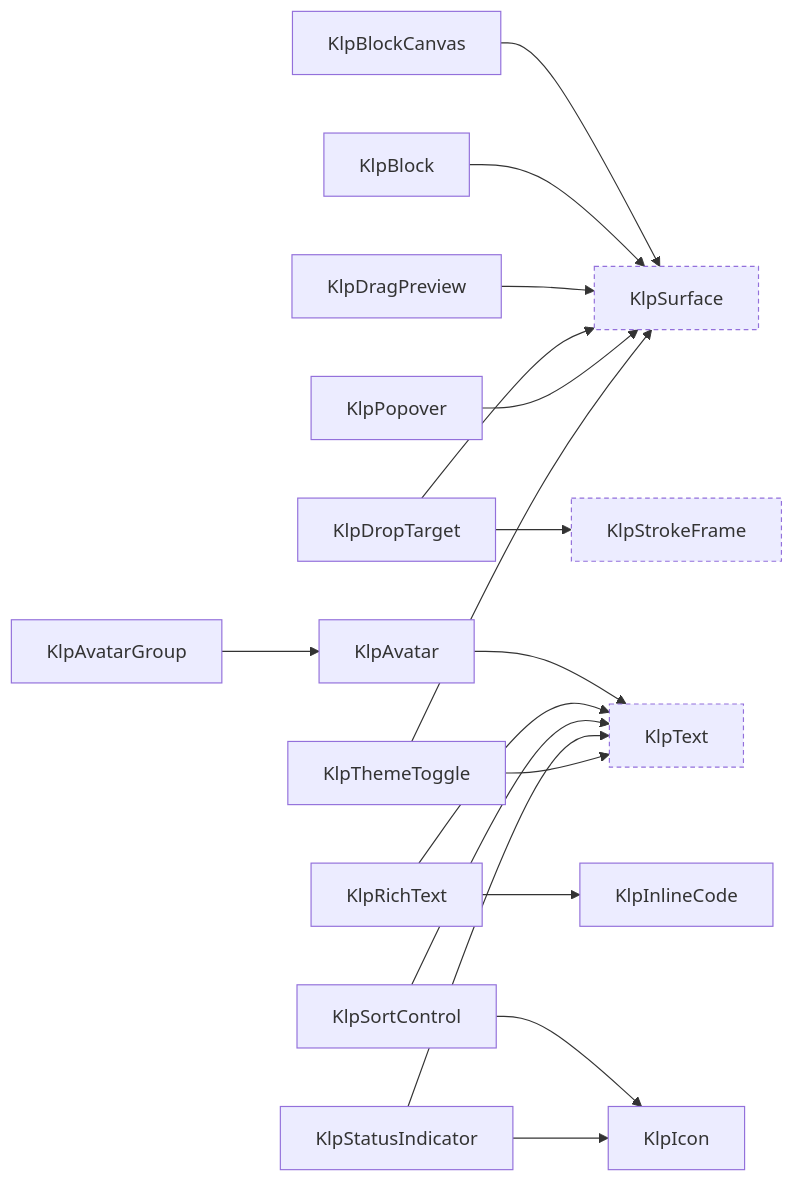
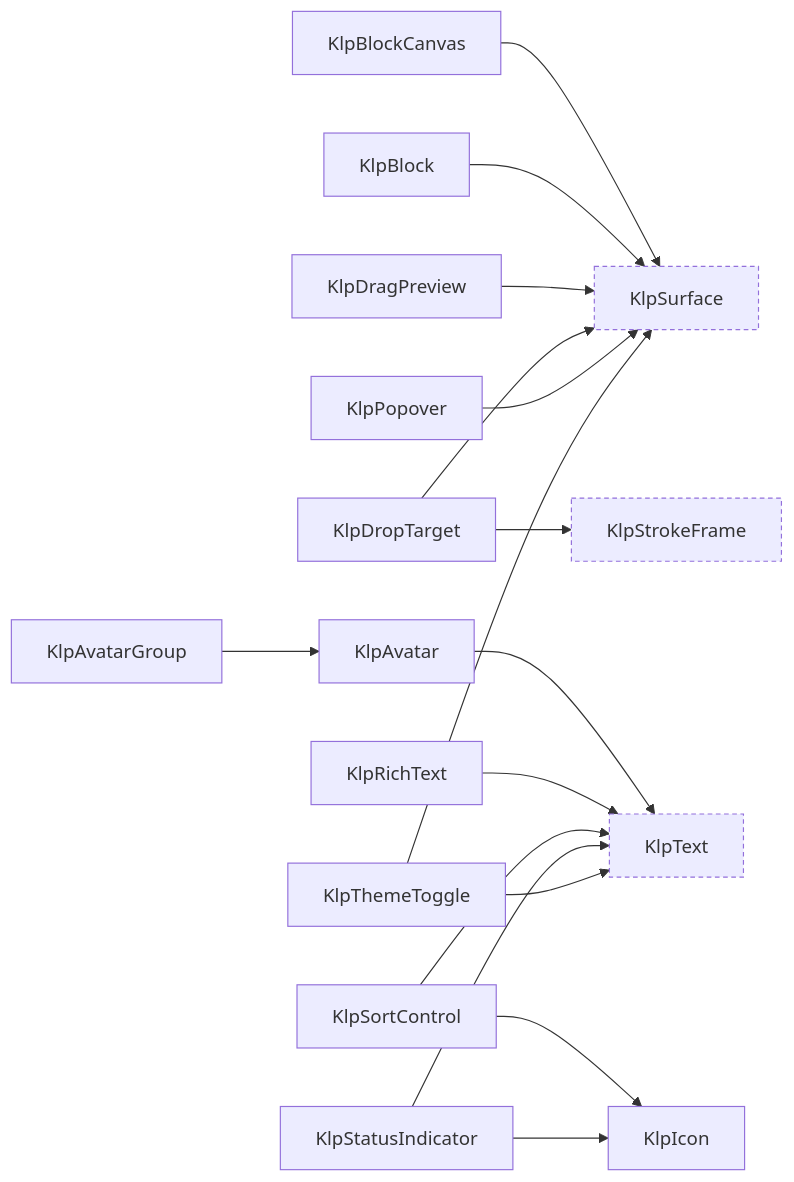
One commit to MiuDog/Kallopis changed the third of 17 diagrams in spec/component-inventory.md. Above: the diagram before and after it, drawn with Mermaid. The commit also changed other lines of this file and 5 other files, not shown here.

````diff
--- a/spec/component-inventory.md
+++ b/spec/component-inventory.md
@@ -192,36 +191,34 @@
 ```mermaid
 graph LR
   KlpAvatar["KlpAvatar"]
   KlpAvatarGroup["KlpAvatarGroup"]
   KlpBlock["KlpBlock"]
   KlpBlockCanvas["KlpBlockCanvas"]
   KlpDragPreview["KlpDragPreview"]
   KlpDropTarget["KlpDropTarget"]
   KlpIcon["KlpIcon"]
-  KlpInlineCode["KlpInlineCode"]
   KlpPopover["KlpPopover"]
   KlpRichText["KlpRichText"]
   KlpSortControl["KlpSortControl"]
   KlpStatusIndicator["KlpStatusIndicator"]
   KlpStrokeFrame["KlpStrokeFrame"]:::external
   KlpSurface["KlpSurface"]:::external
   KlpText["KlpText"]:::external
   KlpThemeToggle["KlpThemeToggle"]
   KlpAvatarGroup --> KlpAvatar
   KlpAvatar --> KlpText
   KlpBlockCanvas --> KlpSurface
   KlpBlock --> KlpSurface
   KlpDragPreview --> KlpSurface
   KlpDropTarget --> KlpStrokeFrame
   KlpDropTarget --> KlpSurface
   KlpPopover --> KlpSurface
-  KlpRichText --> KlpInlineCode
   KlpRichText --> KlpText
   KlpSortControl --> KlpIcon
   KlpSortControl --> KlpText
   KlpStatusIndicator --> KlpIcon
   KlpStatusIndicator --> KlpText
   KlpThemeToggle --> KlpSurface
   KlpThemeToggle --> KlpText
   classDef external stroke-dasharray: 4 3;
 ```
````
